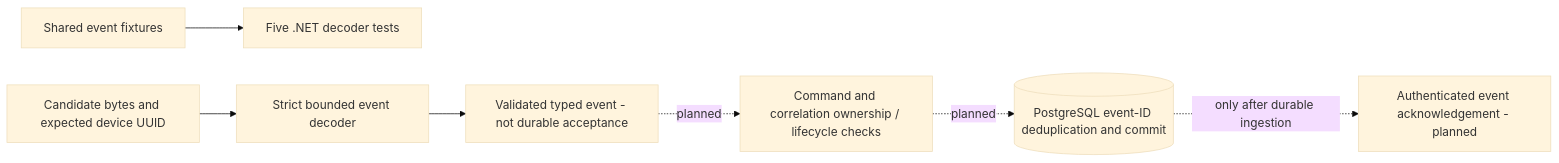
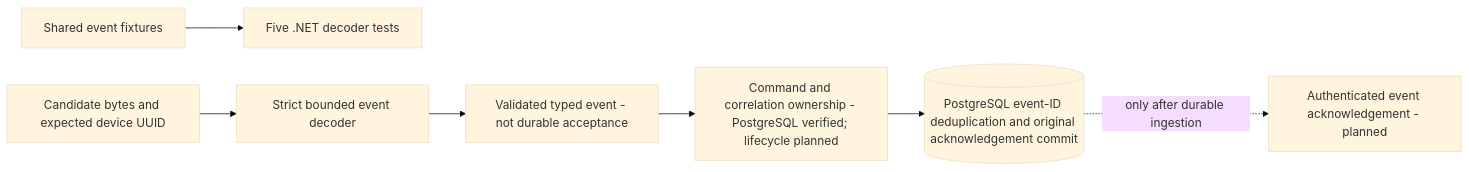
Before and after one commit to michaelnwanna/custom-android-mdm-agent: the diagram in docs/backend-command-events.md, drawn with Mermaid (base theme). The commit also changed other lines of this file and 441 other files, not shown here.

````diff
--- a/docs/backend-command-events.md
+++ b/docs/backend-command-events.md
@@ -5,9 +7,9 @@
 ```mermaid
 flowchart LR
     Fixtures[Shared event fixtures] --> Tests[Five .NET decoder tests]
     Bytes[Candidate bytes and expected device UUID] --> Decoder[Strict bounded event decoder]
     Decoder --> Typed[Validated typed event - not durable acceptance]
-    Typed -. planned .-> Ownership[Command and correlation ownership / lifecycle checks]
-    Ownership -. planned .-> Commit[(PostgreSQL event-ID deduplication and commit)]
+    Typed --> Ownership[Command and correlation ownership - PostgreSQL verified; lifecycle planned]
+    Ownership --> Commit[(PostgreSQL event-ID deduplication and original acknowledgement commit)]
     Commit -. only after durable ingestion .-> Ack[Authenticated event acknowledgement - planned]
 ```
````
